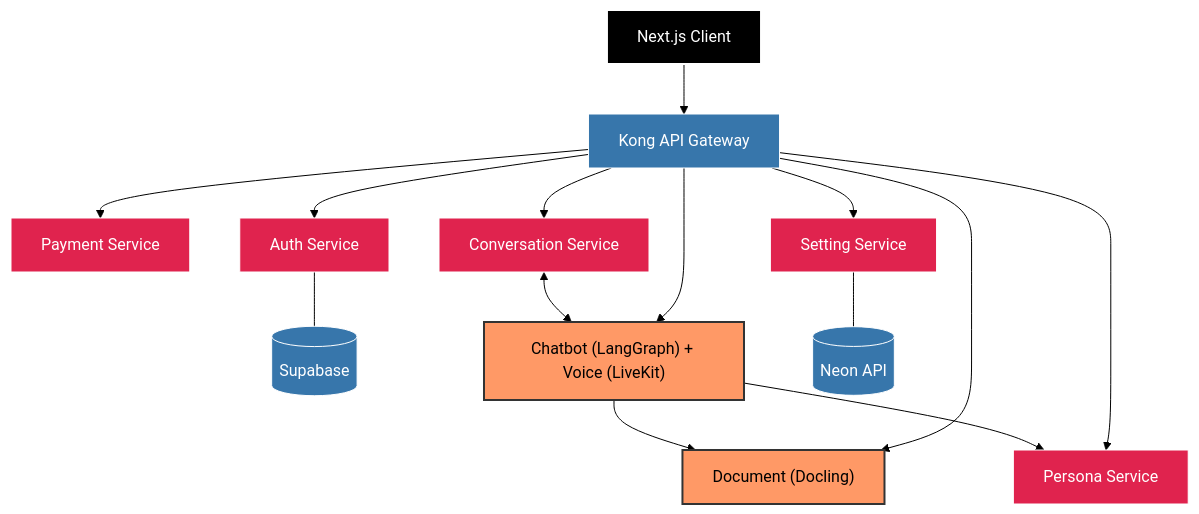
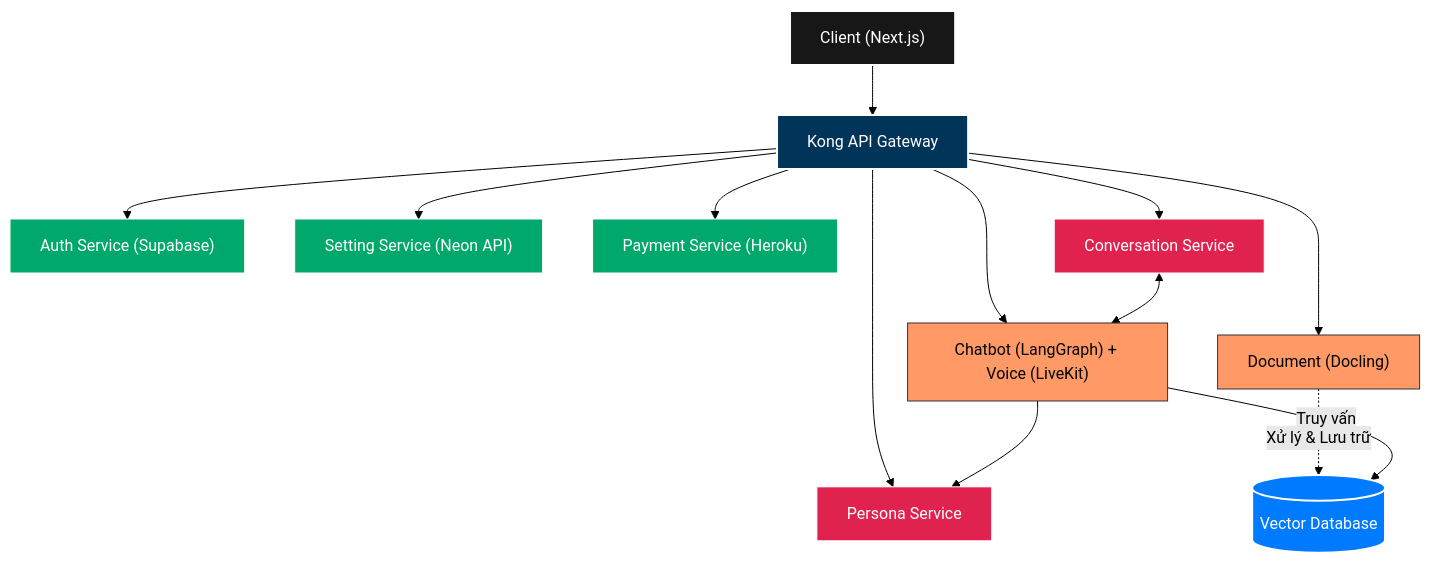
One commit to 20206205Tech/docs-markdown changed the diagram in docs/1. Tổng quan đề tài/1.2. Cơ sở lý thuyết/MSA.mmd. Above: the diagram before and after it, drawn with Mermaid (forest theme). The commit also changed 1 other file, not shown here.

```diff
--- a/docs/1. Tổng quan đề tài/1.2. Cơ sở lý thuyết/MSA.mmd
+++ b/docs/1. Tổng quan đề tài/1.2. Cơ sở lý thuyết/MSA.mmd
@@ -1,52 +1,48 @@
 graph TB
     %% Định nghĩa màu sắc (Styles)
-    classDef client fill:#000,stroke:#fff,stroke-width:2px,color:#fff;
-    classDef gateway  fill:#3776ab,stroke:#fff,stroke-width:1px,color:#fff;
-    classDef nestjs fill:#e0234e,stroke:#fff,stroke-width:1px,color:#fff;
-    classDef python fill:#f96,stroke:#333,stroke-width:2px;
-    classDef database  fill:#3776ab,stroke:#fff,stroke-width:1px,color:#fff;
+    classDef client fill:#171717,stroke:#fff,stroke-width:2px,color:#fff;
+    classDef gateway fill:#003459,stroke:#fff,stroke-width:2px,color:#fff;
+    classDef external_svc fill:#00a86b,stroke:#fff,stroke-width:1px,color:#fff;
+    classDef internal_nest fill:#e0234e,stroke:#fff,stroke-width:1px,color:#fff;
+    classDef internal_python fill:#f96,stroke:#333,stroke-width:1px,color:#000;
+    classDef vector_db fill:#007BFF,stroke:#fff,stroke-width:2px,color:#fff;
 
-    %% Nodes
-    Client["Next.js Client"]:::client
-
-    %% Gateway Layer
+    %% Các thành phần đầu vào
+    Client["Client (Next.js)"]:::client
     Kong["Kong API Gateway"]:::gateway
 
-    %% NestJS Ecosystem
-    Payment["Payment Service"]:::nestjs
-    Conv["Conversation Service"]:::nestjs
-    Auth["Auth Service"]:::nestjs
-    Persona["Persona Service"]:::nestjs
-    Supa[("Supabase")]:::database
-    Auth --- Supa
+    %% Các dịch vụ bên ngoài (External Services / Cloud)
+    Auth["Auth Service (Supabase)"]:::external_svc
+    Setting["Setting Service (Neon API)"]:::external_svc
+    Payment["Payment Service (Heroku)"]:::external_svc
 
-    %% Python Ecosystem
-    Chatbot["Chatbot (LangGraph) + Voice (LiveKit)"]:::python
-    Doc["Document (Docling)"]:::python
+    %% Các dịch vụ nội bộ NestJS
+    Conv["Conversation Service"]:::internal_nest
+    Persona["Persona Service"]:::internal_nest
 
-    %% Others
-    Setting["Setting Service"]:::nestjs
-    Neon[("Neon API")]:::database
-    Setting --- Neon
+    %% Các dịch vụ nội bộ Python
+    Chatbot["Chatbot (LangGraph) + Voice (LiveKit)"]:::internal_python
+    Doc["Document (Docling)"]:::internal_python
 
-    %% Connections
+    %% Cơ sở dữ liệu
+    VectorDB[("Vector Database")]:::vector_db
+
+    %% Luồng giao tiếp Client - Gateway
     Client --> Kong
 
-
-
-
-    %% Logic Flow
-    Conv <--> Chatbot
-    Chatbot --> Doc
-    Chatbot --> Persona
-
-
-
-
+    %% Luồng điều hướng từ Gateway
     Kong --> Auth
     Kong --> Setting
     Kong --> Payment
     Kong --> Conv
     Kong --> Persona
     Kong --> Chatbot
     Kong --> Doc
+
+    %% Giao tiếp giữa các dịch vụ nội bộ
+    Conv <--> Chatbot
+    Chatbot --> Persona
+
+    %% Logic xử lý tài liệu mới (Vector Database)
+    Doc -.->|Xử lý & Lưu trữ| VectorDB
+    Chatbot -->|Truy vấn| VectorDB
```
